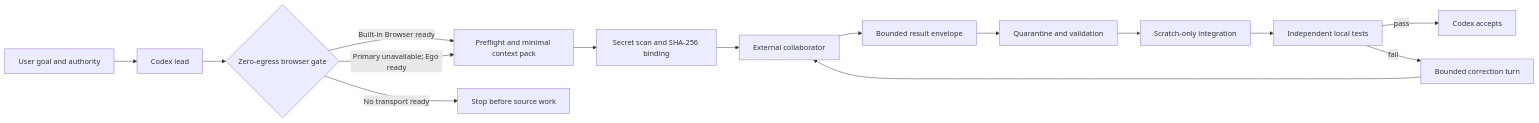
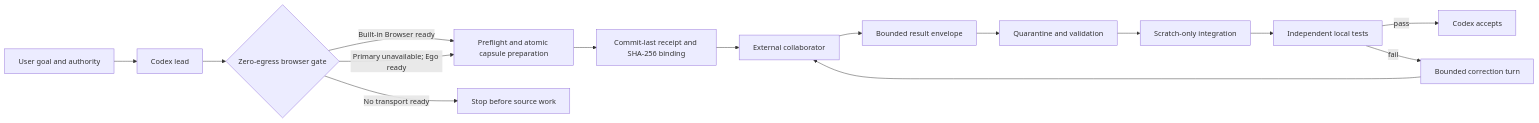
One commit to xicv/codex-chat changed the diagram in README.md. Above: the diagram before and after it, drawn with Mermaid. The commit also changed other lines of this file and 14 other files, not shown here.

````diff
--- a/README.md
+++ b/README.md
@@ -43,17 +43,17 @@
 ```mermaid
 flowchart LR
     U["User goal and authority"] --> C["Codex lead"]
     C --> B{"Zero-egress browser gate"}
-    B -->|"Built-in Browser ready"| P["Preflight and minimal context pack"]
+    B -->|"Built-in Browser ready"| P["Preflight and atomic capsule preparation"]
     B -->|"Primary unavailable; Ego ready"| P
     B -->|"No transport ready"| X["Stop before source work"]
-    P --> S["Secret scan and SHA-256 binding"]
+    P --> S["Commit-last receipt and SHA-256 binding"]
     S --> E["External collaborator"]
     E --> R["Bounded result envelope"]
     R --> Q["Quarantine and validation"]
     Q --> I["Scratch-only integration"]
     I --> T["Independent local tests"]
     T -->|pass| A["Codex accepts"]
     T -->|fail| F["Bounded correction turn"]
     F --> E
 ```
````
